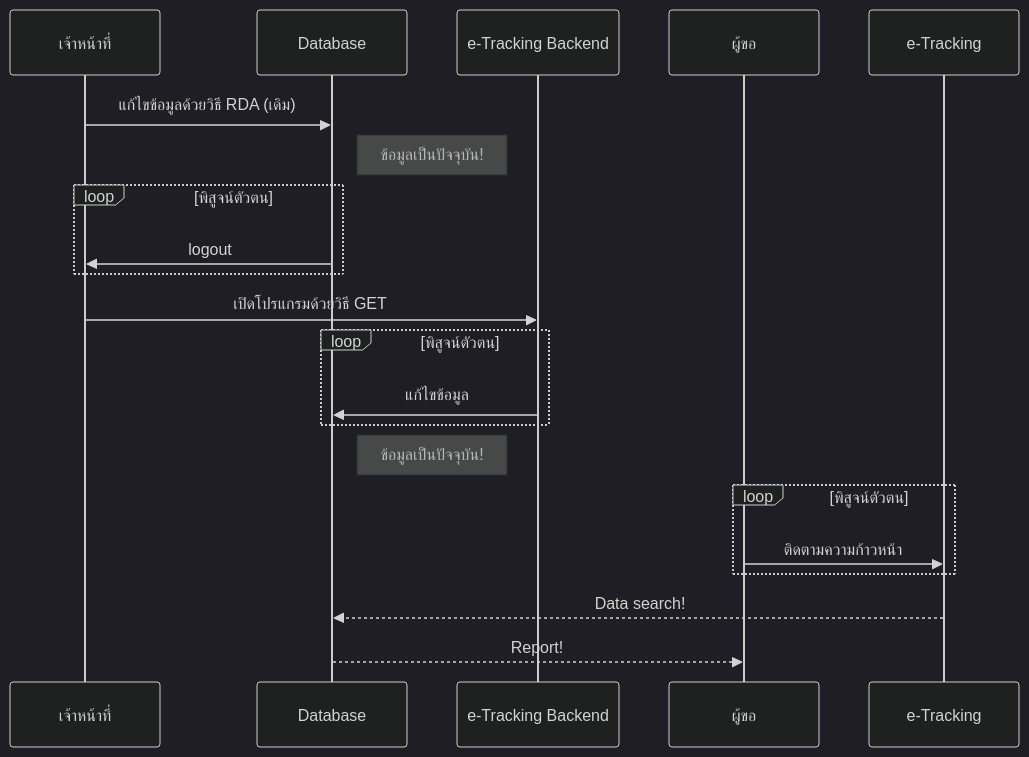
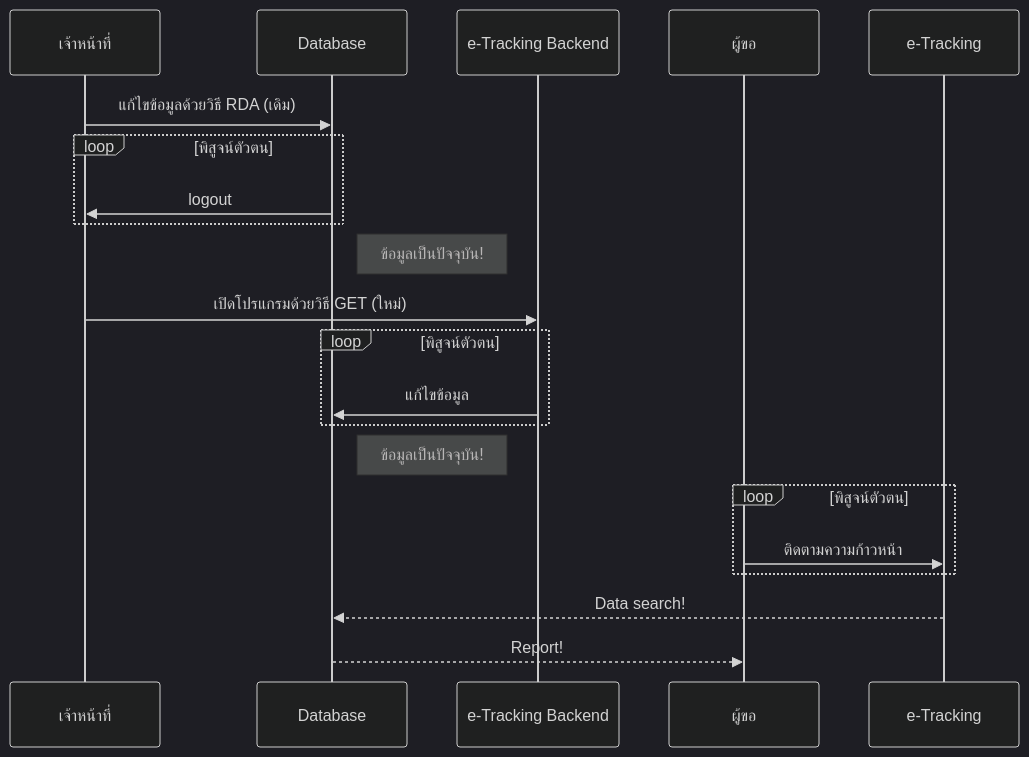
One commit to Kietpawpan/e-tracking changed the second of 2 diagrams in README.md. Above: the diagram before and after it, drawn with Mermaid (dark theme).

````diff
--- a/README.md
+++ b/README.md
@@ -28,18 +28,18 @@
 ```mermaid
 sequenceDiagram
 เจ้าหน้าที่->>Database: แก้ไขข้อมูลด้วยวิธี RDA (เดิม)
-Note right of Database: ข้อมูลเป็นปัจจุบัน!
 loop พิสูจน์ตัวตน
 Database->>เจ้าหน้าที่: logout
 end
-เจ้าหน้าที่->>e-Tracking Backend: เปิดโปรแกรมด้วยวิธี GET
+Note right of Database: ข้อมูลเป็นปัจจุบัน!
+เจ้าหน้าที่->>e-Tracking Backend: เปิดโปรแกรมด้วยวิธี GET (ใหม่)
 loop พิสูจน์ตัวตน
     e-Tracking Backend->>Database: แก้ไขข้อมูล
 end
 Note right of Database: ข้อมูลเป็นปัจจุบัน!
 loop พิสูจน์ตัวตน
 ผู้ขอ->>e-Tracking: ติดตามความก้าวหน้า
 end
 e-Tracking-->>Database: Data search!
 Database-->>ผู้ขอ: Report!
 ```
````
